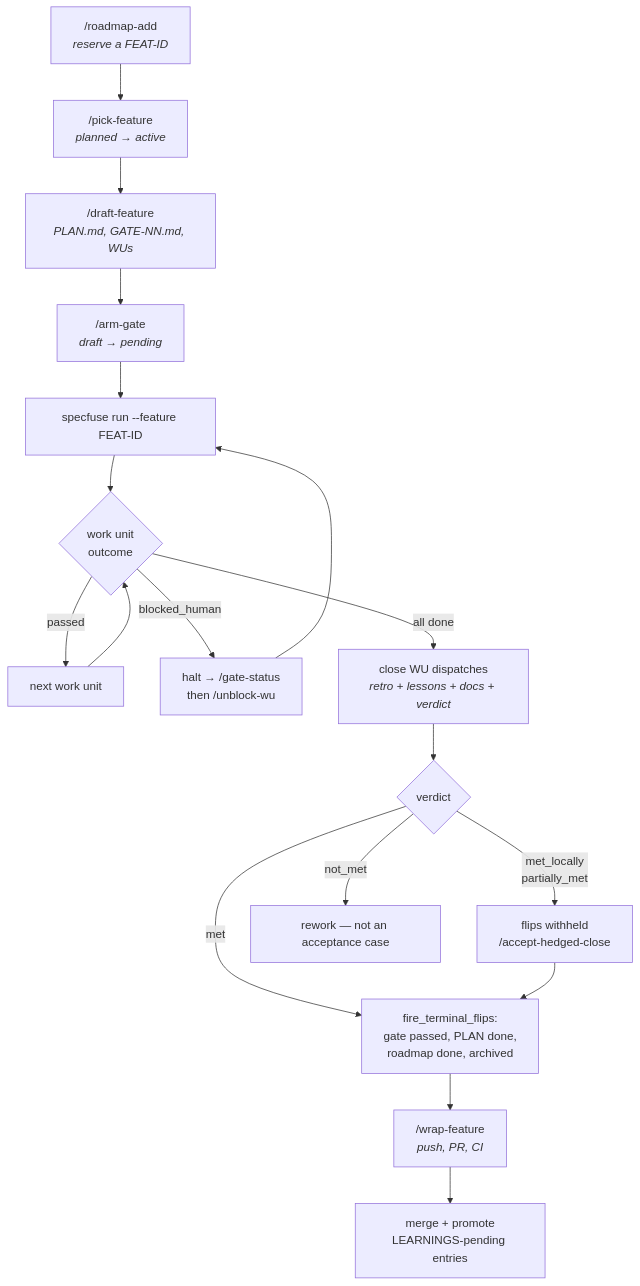
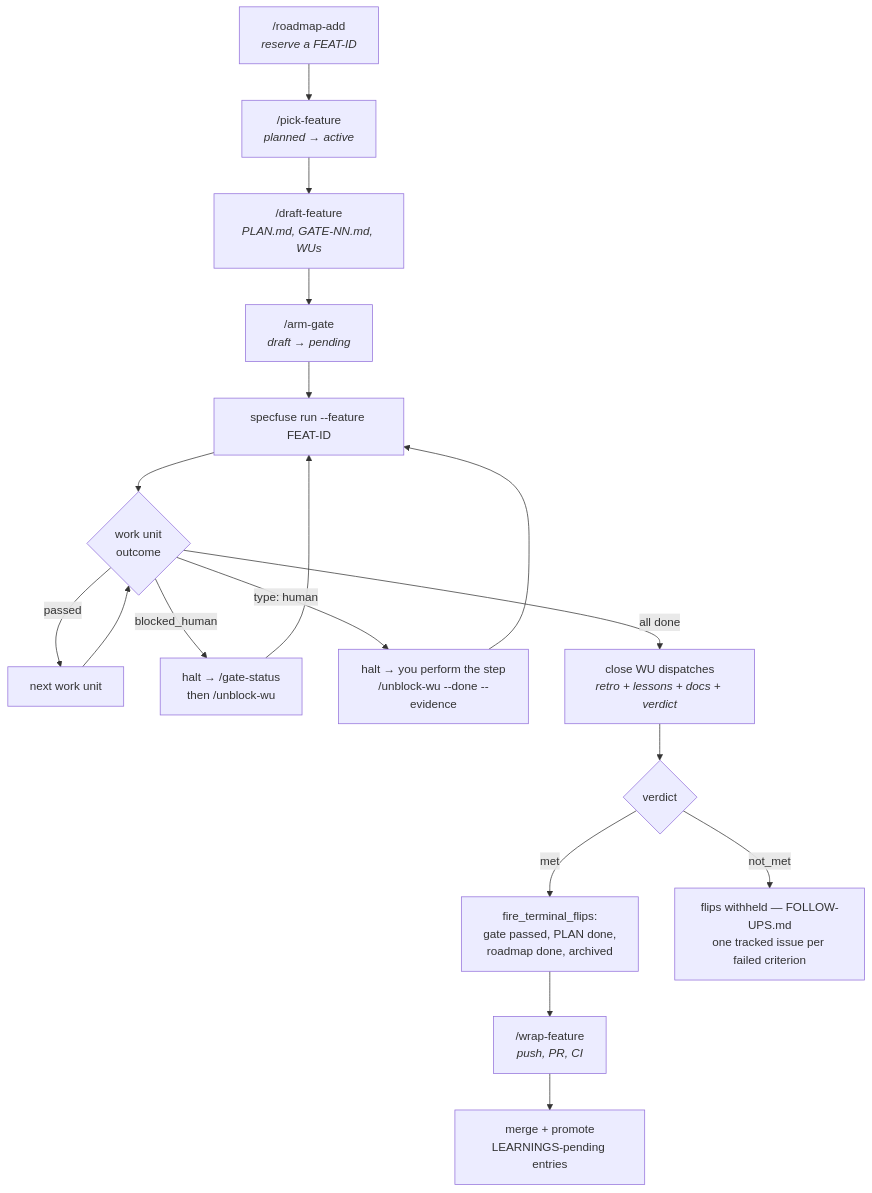
Before and after one commit to specfuse/loop: the second of 7 diagrams in docs/lifecycles.md, drawn with Mermaid. The commit also changed other lines of this file and 68 other files, not shown here.

````diff
--- a/docs/lifecycles.md
+++ b/docs/lifecycles.md
@@ -72,22 +72,22 @@
 ```mermaid
 flowchart TD
     R["/roadmap-add<br/><i>reserve a FEAT-ID</i>"] --> P["/pick-feature<br/><i>planned &rarr; active</i>"]
     P --> D["/draft-feature<br/><i>PLAN.md, GATE-NN.md, WUs</i>"]
     D --> A["/arm-gate<br/><i>draft &rarr; pending</i>"]
     A --> RUN["specfuse run --feature FEAT-ID"]
 
     RUN --> WU{"work unit<br/>outcome"}
     WU -->|passed| WU2["next work unit"]
     WU2 --> WU
     WU -->|blocked_human| BLK["halt &rarr; /gate-status<br/>then /unblock-wu"]
     BLK --> RUN
+    WU -->|type: human| HUM["halt &rarr; you perform the step<br/>/unblock-wu --done --evidence"]
+    HUM --> RUN
     WU -->|all done| CLOSE["close WU dispatches<br/><i>retro + lessons + docs + verdict</i>"]
 
     CLOSE --> V{"verdict"}
     V -->|met| FLIP["fire_terminal_flips:<br/>gate passed, PLAN done,<br/>roadmap done, archived"]
-    V -->|met_locally<br/>partially_met| HEDGE["flips withheld<br/>/accept-hedged-close"]
-    V -->|not_met| REWORK["rework &mdash; not an acceptance case"]
-    HEDGE --> FLIP
+    V -->|not_met| REWORK["flips withheld &mdash; FOLLOW-UPS.md<br/>one tracked issue per failed criterion"]
     FLIP --> W["/wrap-feature<br/><i>push, PR, CI</i>"]
     W --> MERGE["merge + promote<br/>LEARNINGS-pending entries"]
 ```
````
